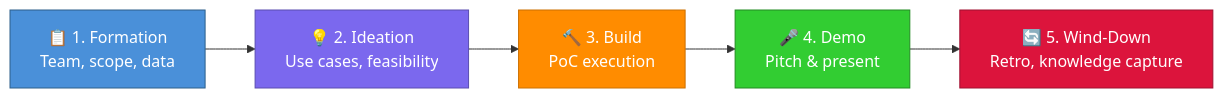
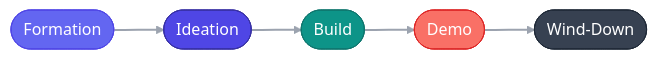
One commit to smoens/squad-hackathon-template changed the diagram in README.md. Above: the diagram before and after it, drawn with Mermaid. The commit also changed other lines of this file, not shown here.

````diff
--- a/README.md
+++ b/README.md
@@ -54,13 +52,20 @@
 ```mermaid
+---
+config:
+  theme: base
+  themeVariables:
+    primaryColor: "#4F46E5"
+    lineColor: "#9CA3AF"
+    primaryTextColor: "#fff"
+---
 graph LR
-    A["📋 1. Formation<br/>Team, scope, data"] --> B["💡 2. Ideation<br/>Use cases, feasibility"]
-    B --> C["🔨 3. Build<br/>PoC execution"]
-    C --> D["🎤 4. Demo<br/>Pitch & present"]
-    D --> E["🔄 5. Wind-Down<br/>Retro, knowledge capture"]
+    A(["Formation"]):::prep --> B(["Ideation"]):::ideate --> C(["Build"]):::build --> D(["Demo"]):::demo --> E(["Wind-Down"]):::wrap
 
-    style A fill:#4A90D9,stroke:#2C5F8A,color:#fff
-    style B fill:#7B68EE,stroke:#5A4DB0,color:#fff
-    style C fill:#FF8C00,stroke:#CC7000,color:#fff
-    style D fill:#32CD32,stroke:#228B22,color:#fff
-    style E fill:#DC143C,stroke:#A01030,color:#fff
+    classDef prep fill:#6366F1,stroke:#4F46E5,color:#fff,rx:20
+    classDef ideate fill:#4F46E5,stroke:#3730A3,color:#fff,rx:20
+    classDef build fill:#0D9488,stroke:#0F766E,color:#fff,rx:20
+    classDef demo fill:#F97066,stroke:#DC2626,color:#fff,rx:20
+    classDef wrap fill:#374151,stroke:#1F2937,color:#fff,rx:20
+
+    linkStyle default stroke:#9CA3AF,stroke-width:2px
 ```
````
